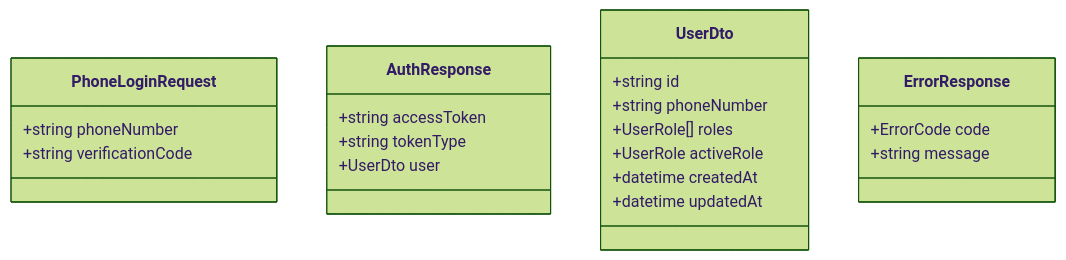
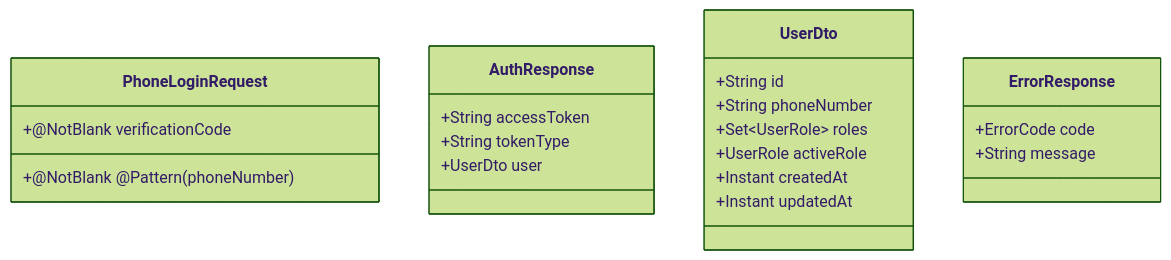
Before and after one commit to Jayden23018/blind-run-ios: the eighth of 11 diagrams in .qoder/repowiki/zh/content/核心功能模块/认证系统.md, drawn with Mermaid (forest theme). The commit also changed other lines of this file and 21 other files, not shown here.

````diff
--- a/.qoder/repowiki/zh/content/核心功能模块/认证系统.md
+++ b/.qoder/repowiki/zh/content/核心功能模块/认证系统.md
@@ -328,24 +331,24 @@
 ```mermaid
 classDiagram
 class PhoneLoginRequest {
-+string phoneNumber
-+string verificationCode
++@NotBlank @Pattern(phoneNumber)
++@NotBlank verificationCode
 }
 class AuthResponse {
-+string accessToken
-+string tokenType
++String accessToken
++String tokenType
 +UserDto user
 }
 class UserDto {
-+string id
-+string phoneNumber
-+UserRole[] roles
++String id
++String phoneNumber
++Set~UserRole~ roles
 +UserRole activeRole
-+datetime createdAt
-+datetime updatedAt
++Instant createdAt
++Instant updatedAt
 }
 class ErrorResponse {
 +ErrorCode code
-+string message
++String message
 }
 ```
````
